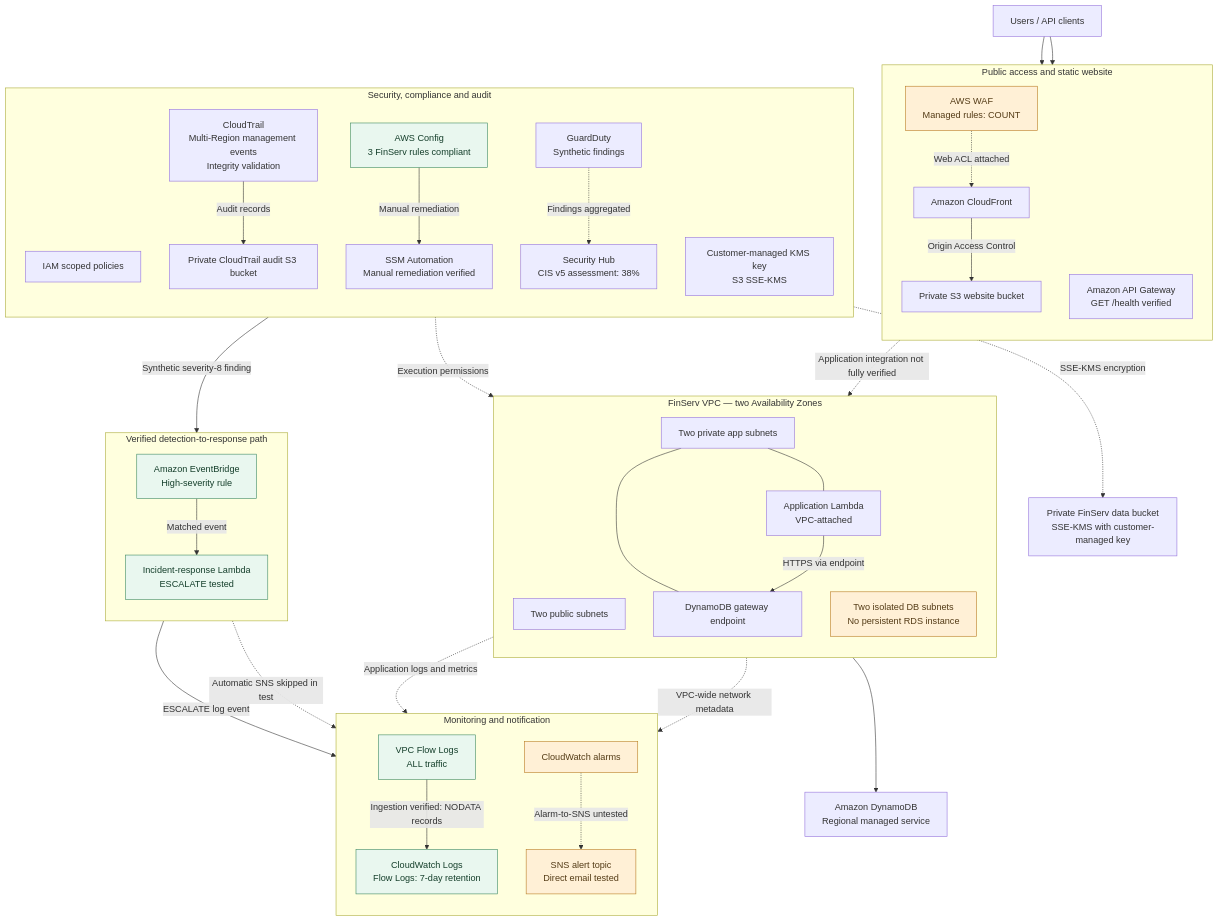
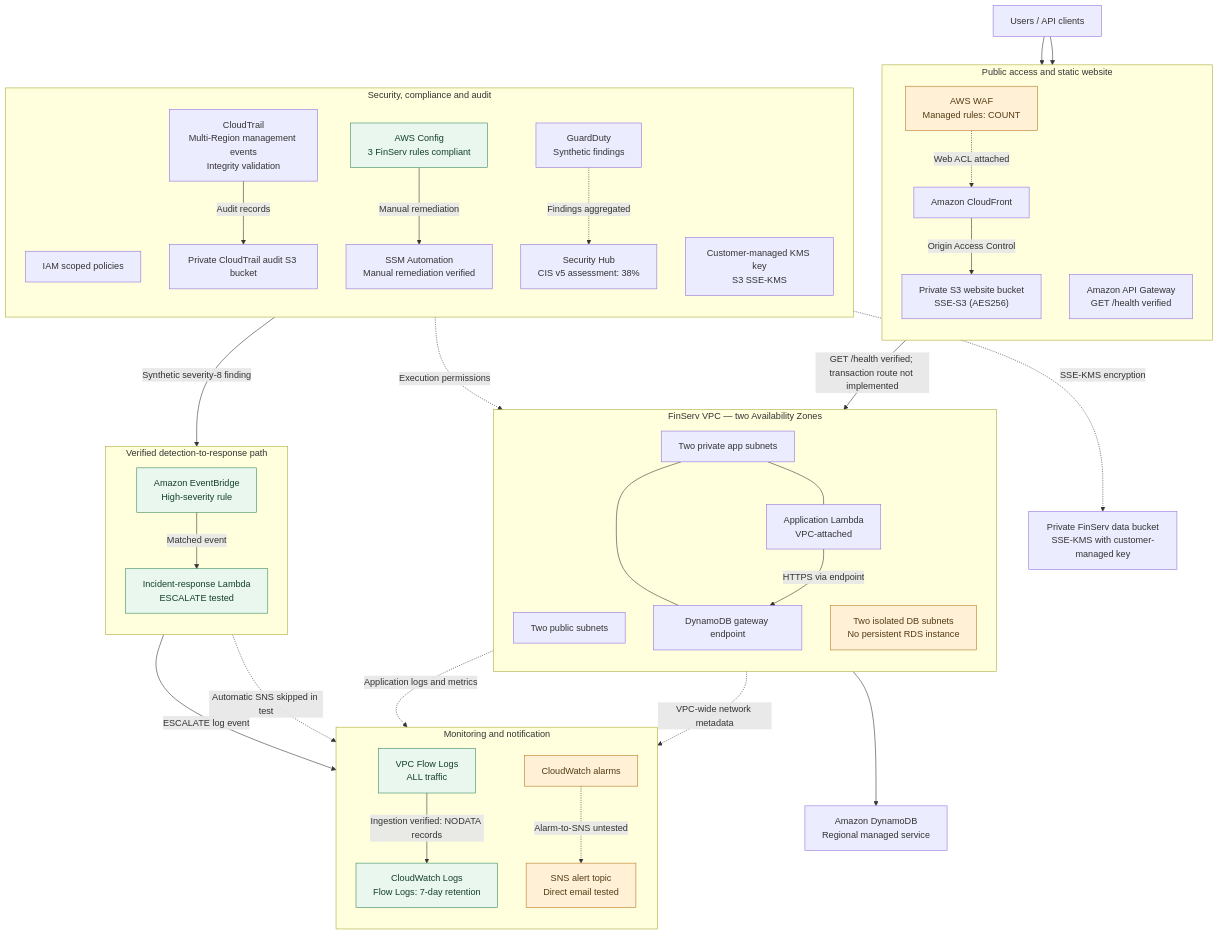
One commit to Helmeyru/finserv-aws-security-architecture changed the diagram in architecture/architecture.md. Above: the diagram before and after it, drawn with Mermaid. The commit also changed 1 other file, not shown here.

Commit message:
Clarify API integration and incident response timestamps

````diff
--- a/architecture/architecture.md
+++ b/architecture/architecture.md
@@ -5,78 +5,78 @@
 ```mermaid
 flowchart TB
     U["Users / API clients"]
 
     subgraph Edge["Public access and static website"]
         direction TB
         WAF["AWS WAF<br/>Managed rules: COUNT"]
         CF["Amazon CloudFront"]
-        S3["Private S3 website bucket"]
+        S3["Private S3 website bucket<br/>SSE-S3 (AES256)"]
         API["Amazon API Gateway<br/>GET /health verified"]
         WAF -. "Web ACL attached" .-> CF
         CF -->|"Origin Access Control"| S3
     end
 
     subgraph VPC["FinServ VPC — two Availability Zones"]
         direction TB
         PUB["Two public subnets"]
         APP["Two private app subnets"]
         DB["Two isolated DB subnets<br/>No persistent RDS instance"]
         L["Application Lambda<br/>VPC-attached"]
         EP["DynamoDB gateway endpoint"]
         APP --- L
         APP --- EP
         L -->|"HTTPS via endpoint"| EP
     end
 
     DDB["Amazon DynamoDB<br/>Regional managed service"]
 
     subgraph Govern["Security, compliance and audit"]
         direction TB
         IAM["IAM scoped policies"]
         KMS["Customer-managed KMS key<br/>S3 SSE-KMS"]
         CT["CloudTrail<br/>Multi-Region management events<br/>Integrity validation"]
         AUDIT["Private CloudTrail audit S3 bucket"]
         CT -->|"Audit records"| AUDIT
         CONFIG["AWS Config<br/>3 FinServ rules compliant"]
         SSM["SSM Automation<br/>Manual remediation verified"]
         GD["GuardDuty<br/>Synthetic findings"]
         SH["Security Hub<br/>CIS v5 assessment: 38%"]
         CONFIG -->|"Manual remediation"| SSM
         GD -. "Findings aggregated" .-> SH
     end
 
     subgraph Response["Verified detection-to-response path"]
         direction TB
         EB["Amazon EventBridge<br/>High-severity rule"]
         IR["Incident-response Lambda<br/>ESCALATE tested"]
         EB -->|"Matched event"| IR
     end
 
     subgraph Observe["Monitoring and notification"]
         direction TB
         FLOW["VPC Flow Logs<br/>ALL traffic"]
         LOGS["CloudWatch Logs<br/>Flow Logs: 7-day retention"]
         ALARM["CloudWatch alarms"]
         SNS["SNS alert topic<br/>Direct email tested"]
         FLOW -->|"Ingestion verified: NODATA records"| LOGS
         ALARM -. "Alarm-to-SNS untested" .-> SNS
     end
 
     U --> CF
     U --> API
-    API -.->|"Application integration not fully verified"| L
+    API -->|"GET /health verified; transaction route not implemented"| L
     EP --> DDB
     GD -->|"Synthetic severity-8 finding"| EB
     IR -->|"ESCALATE log event"| LOGS
     IR -. "Automatic SNS skipped in test" .-> SNS
     VPC -. "VPC-wide network metadata" .-> FLOW
     L -. "Application logs and metrics" .-> LOGS
     IAM -. "Execution permissions" .-> L
     DATA_S3["Private FinServ data bucket<br/>SSE-KMS with customer-managed key"]
     KMS -. "SSE-KMS encryption" .-> DATA_S3
 
     classDef limited fill:#fff0d6,stroke:#b7791f,color:#543b16
     classDef verified fill:#e9f7ef,stroke:#39875e,color:#153f2b
     class WAF,DB,SNS,ALARM limited
     class EB,IR,FLOW,LOGS,CONFIG verified
 ```
````
